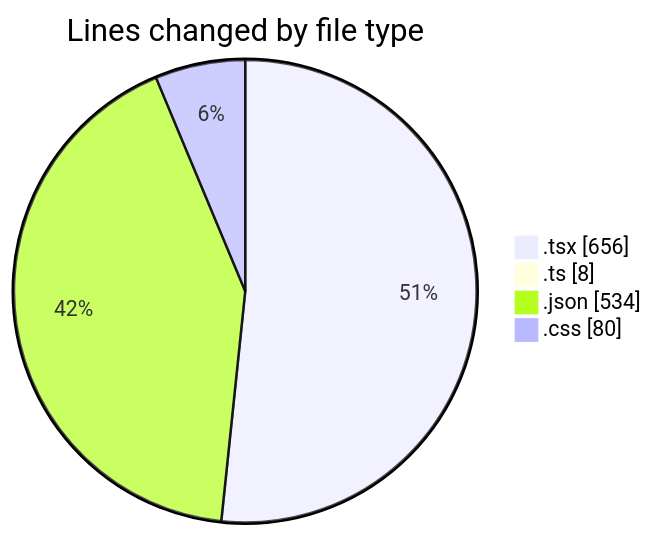
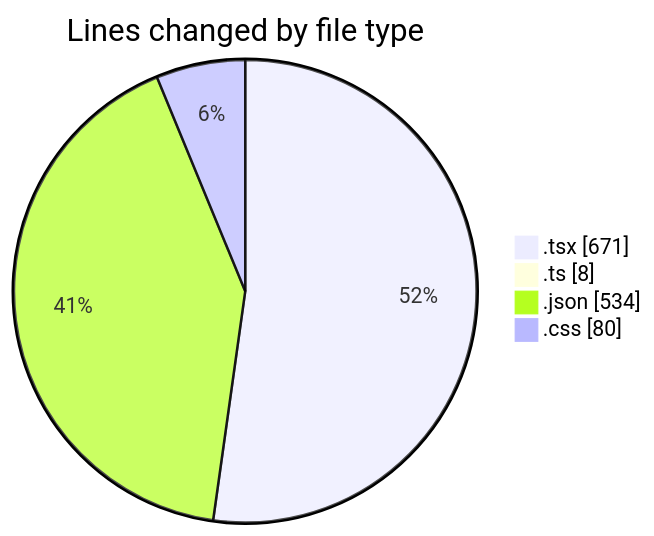
The first of 2 diagrams in 2025-08-02/tw-server/README.md (EIIisD/code-tracking), drawn with Mermaid before and after one commit. The commit also changed other lines of this file and 1 other file, not shown here.

````diff
--- a/2025-08-02/tw-server/README.md
+++ b/2025-08-02/tw-server/README.md
@@ -25,8 +25,8 @@
 ```mermaid
 pie showData
 title Lines changed by file type
-".tsx" : 656
+".tsx" : 671
 ".ts" : 8
 ".json" : 534
 ".css" : 80
 ```
````
